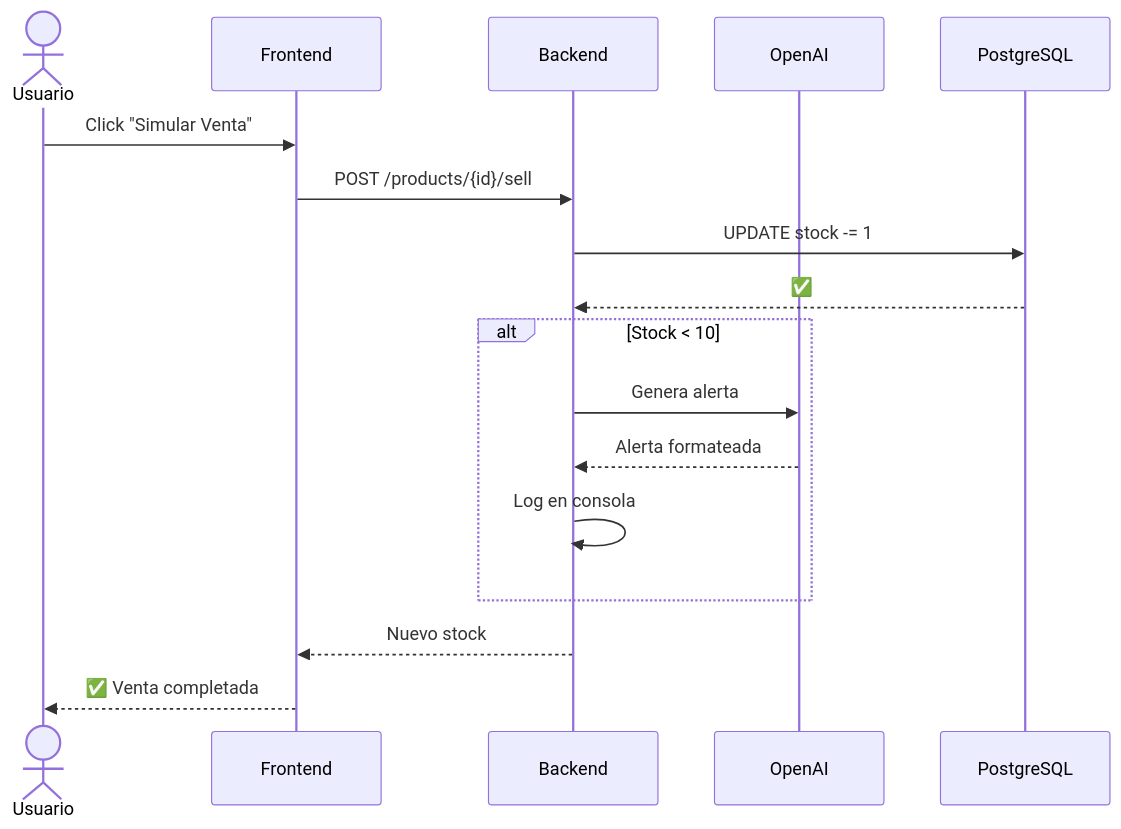
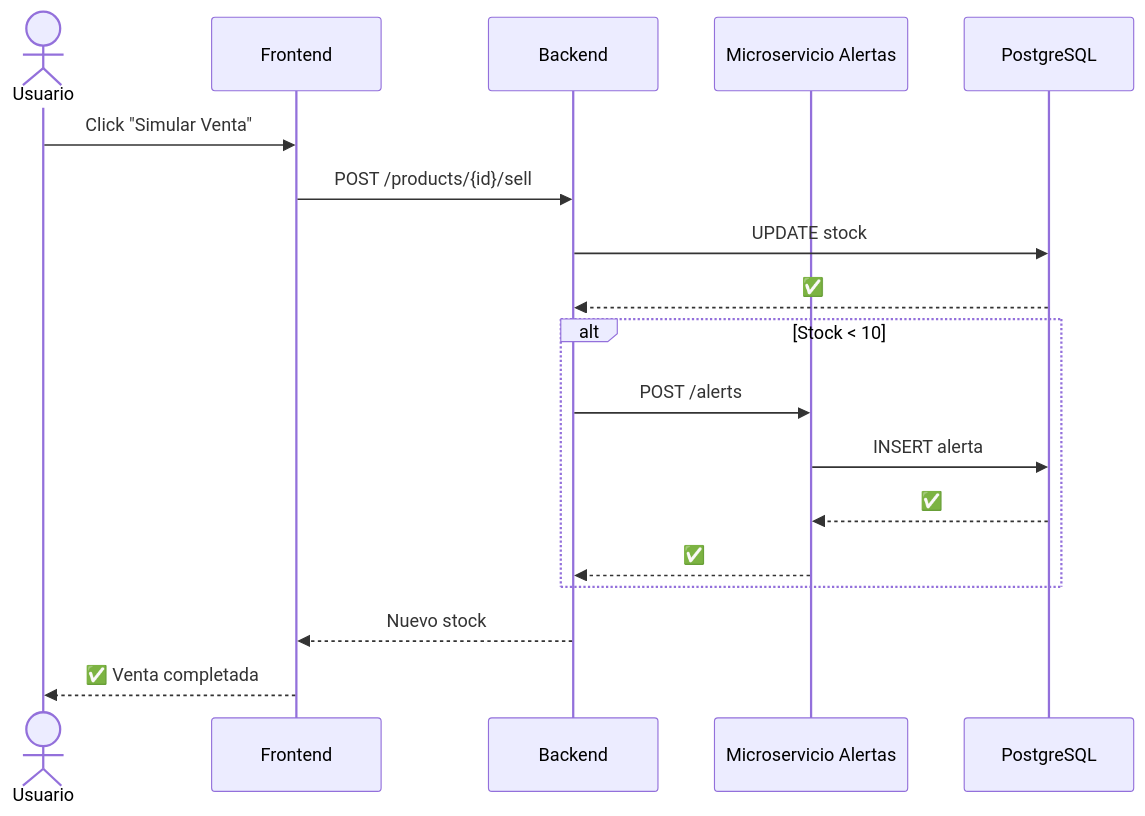
The third of 3 diagrams in DIAGRAMS.md (Revolutionnnn/gestor-ia), drawn with Mermaid before and after one commit. The commit also changed other lines of this file and 3 other files, not shown here.

Commit message:
Update architecture documentation to include Microservicio Alertas; refine service descriptions and flow diagrams

````diff
--- a/DIAGRAMS.md
+++ b/DIAGRAMS.md
@@ -46,22 +58,23 @@
 ```mermaid
 sequenceDiagram
     actor U as Usuario
     participant UI as Frontend
     participant API as Backend
-    participant LLM as OpenAI
+    participant ALERTS as Microservicio Alertas
     participant DB as PostgreSQL
 
     U->>UI: Click "Simular Venta"
     UI->>API: POST /products/{id}/sell
-    API->>DB: UPDATE stock -= 1
+    API->>DB: UPDATE stock
     DB-->>API: ✅
     
     alt Stock < 10
-        API->>LLM: Genera alerta
-        LLM-->>API: Alerta formateada
-        API->>API: Log en consola
+        API->>ALERTS: POST /alerts
+        ALERTS->>DB: INSERT alerta
+        DB-->>ALERTS: ✅
+        ALERTS-->>API: ✅
     end
     
     API-->>UI: Nuevo stock
     UI-->>U: ✅ Venta completada
 ```
````
